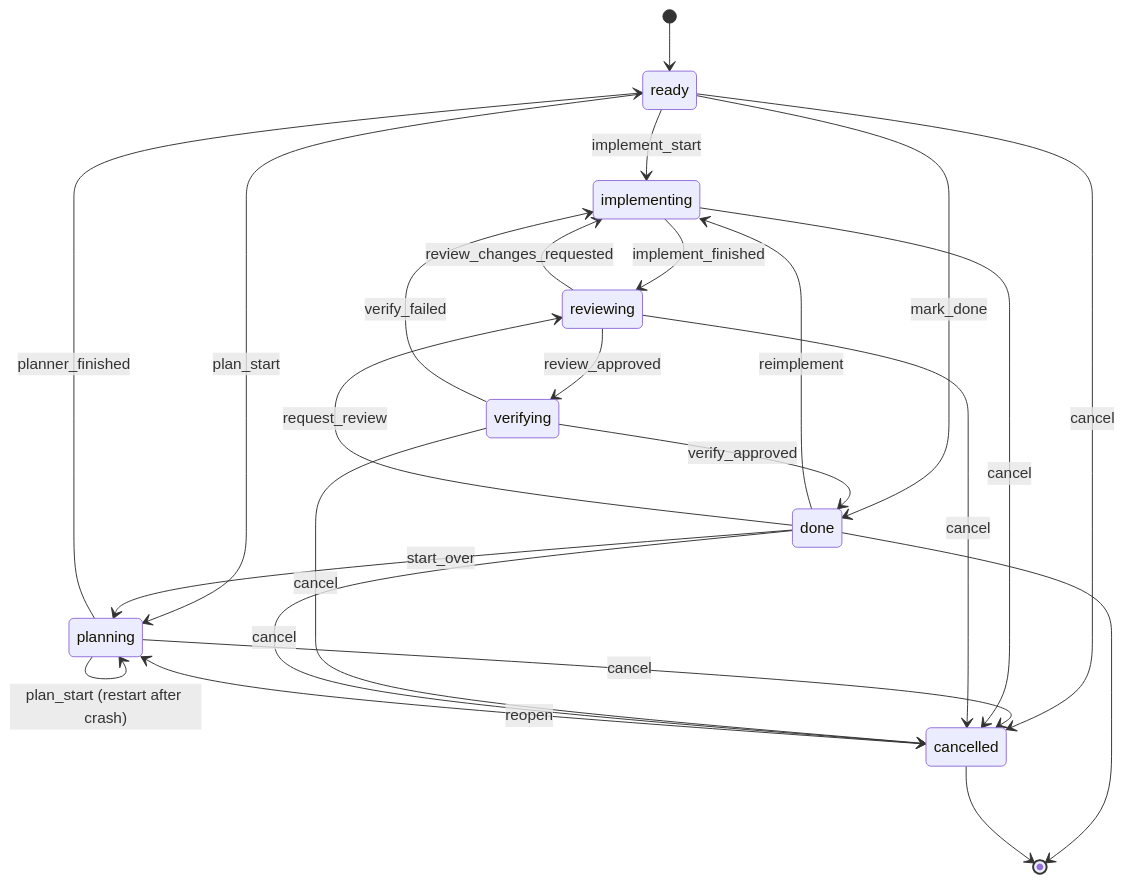
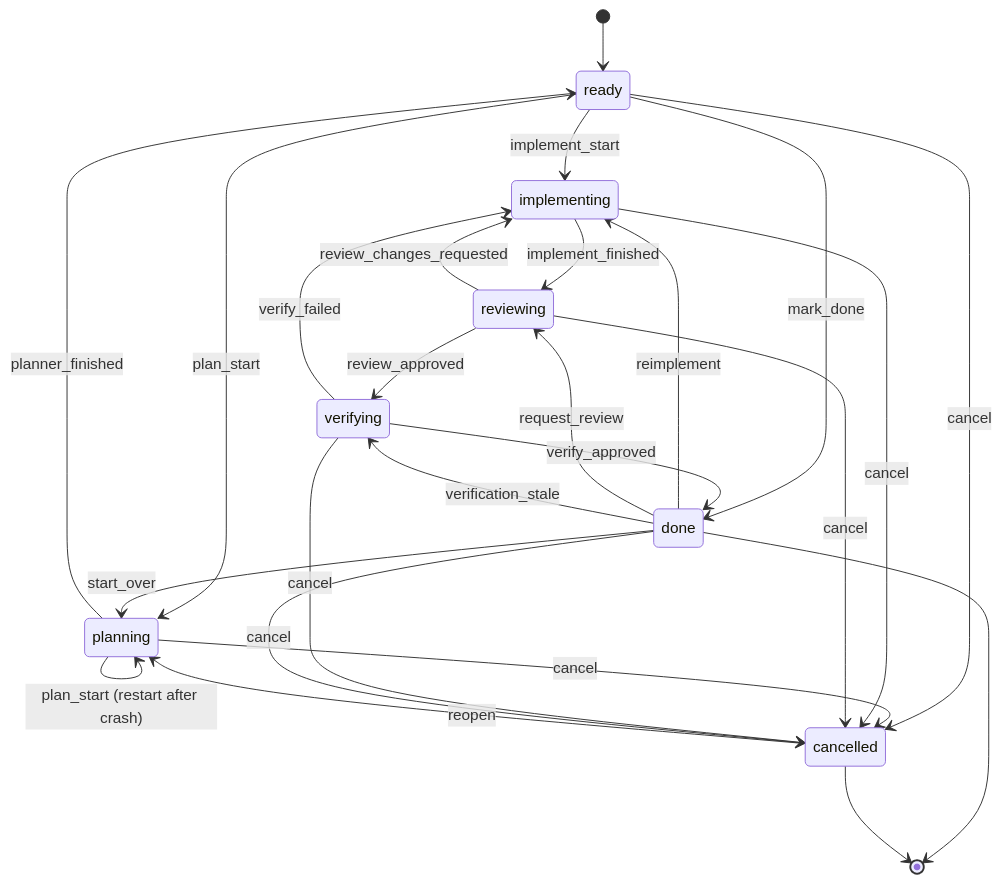
One commit to kastheco/kasmos changed the diagram in web/docs/docs/concepts/lifecycle.mdx. Above: the diagram before and after it, drawn with Mermaid. The commit also changed other lines of this file and 7 other files, not shown here.

````diff
--- a/web/docs/docs/concepts/lifecycle.mdx
+++ b/web/docs/docs/concepts/lifecycle.mdx
@@ -90,34 +91,35 @@
 ```mermaid
 stateDiagram-v2
     [*] --> ready
 
     ready --> planning       : plan_start
     ready --> implementing   : implement_start
     ready --> done           : mark_done
     ready --> cancelled      : cancel
 
     planning --> planning    : plan_start (restart after crash)
     planning --> ready       : planner_finished
     planning --> cancelled   : cancel
 
     implementing --> reviewing   : implement_finished
     implementing --> cancelled   : cancel
 
     reviewing --> verifying      : review_approved
     reviewing --> implementing   : review_changes_requested
     reviewing --> cancelled      : cancel
 
     verifying --> done           : verify_approved
     verifying --> implementing   : verify_failed
     verifying --> cancelled      : cancel
 
     done --> planning        : start_over
     done --> implementing    : reimplement
     done --> reviewing       : request_review
+    done --> verifying       : verification_stale
     done --> cancelled       : cancel
 
     cancelled --> planning   : reopen
 
     done --> [*]
     cancelled --> [*]
 ```
````
